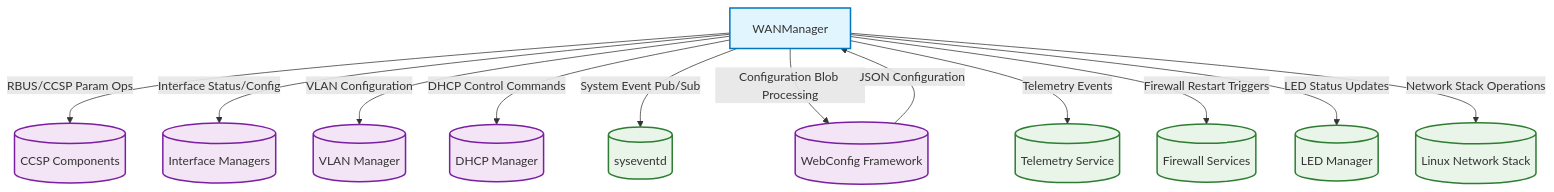
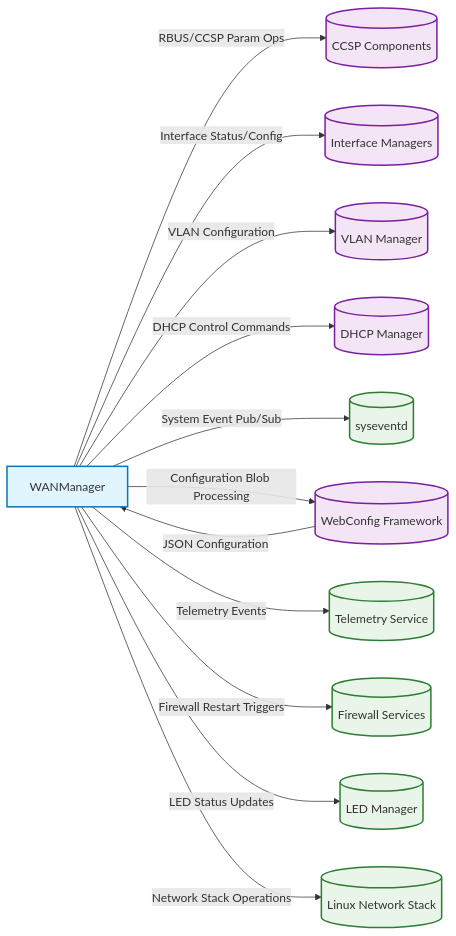
Before and after one commit to rns21/RDK_Documentation: the fifth of 7 diagrams in docs/review/WANManager.md, drawn with Mermaid. The commit also changed other lines of this file and 2 other files, not shown here.

````diff
--- a/docs/review/WANManager.md
+++ b/docs/review/WANManager.md
@@ -253,22 +254,22 @@
 ```mermaid
-flowchart TD
+flowchart LR
     WANManager -->|RBUS/CCSP Param Ops| CCSPComponents[(CCSP Components)]
     WANManager -->|Interface Status/Config| InterfaceManagers[(Interface Managers)]
     WANManager -->|VLAN Configuration| VLANManager[(VLAN Manager)]
     WANManager -->|DHCP Control Commands| DHCPManager[(DHCP Manager)]
     WANManager -->|System Event Pub/Sub| SystemEventD[(syseventd)]
     WANManager -->|Configuration Blob Processing| WebConfigFW[(WebConfig Framework)]
     WebConfigFW -->|JSON Configuration| WANManager
     WANManager -->|Telemetry Events| TelemetryService[(Telemetry Service)]
     WANManager -->|Firewall Restart Triggers| FirewallServices[(Firewall Services)]
     WANManager -->|LED Status Updates| LEDManager[(LED Manager)]
     WANManager -->|Network Stack Operations| LinuxNetworking[(Linux Network Stack)]
     
     classDef wanmgr fill:#e1f5fe,stroke:#0277bd,stroke-width:2px;
     classDef middleware fill:#f3e5f5,stroke:#7b1fa2,stroke-width:2px;
     classDef system fill:#e8f5e8,stroke:#2e7d32,stroke-width:2px;
     
     class WANManager wanmgr;
     class CCSPComponents,InterfaceManagers,VLANManager,DHCPManager,WebConfigFW middleware;
     class SystemEventD,TelemetryService,FirewallServices,LEDManager,LinuxNetworking system;
 ```
````
